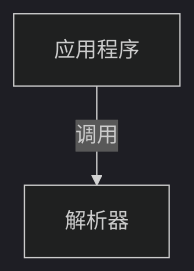
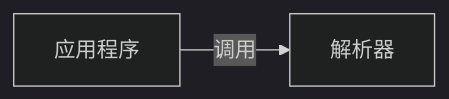
The diagram in 计算机/四大件/计算机网络2.md (poppop9/obsidian), drawn with Mermaid (dark theme) before and after one commit. The commit also changed 1 other file, not shown here.

Commit message:
vault backup: 2023-09-03 10:00:21

````diff
--- a/计算机/四大件/计算机网络2.md
+++ b/计算机/四大件/计算机网络2.md
@@ -79,4 +79,4 @@
 ```mermaid
-graph TB
+graph LR
 	a[应用程序]--调用-->b[解析器]
 ```
````
